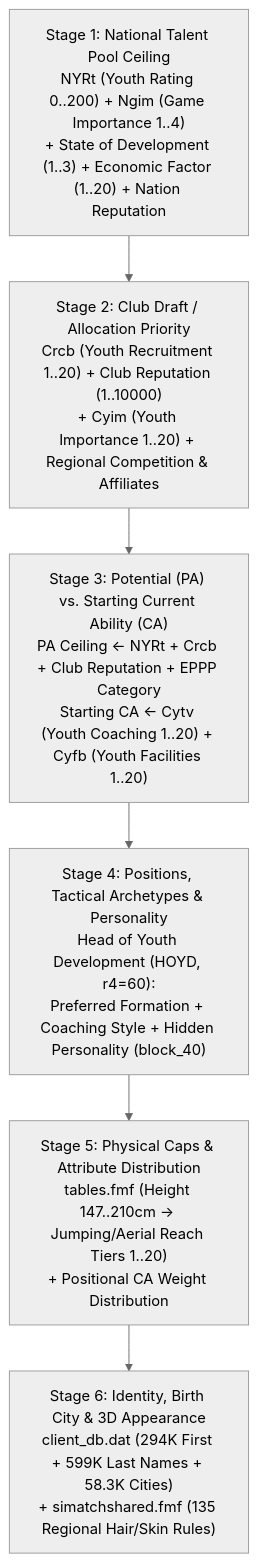
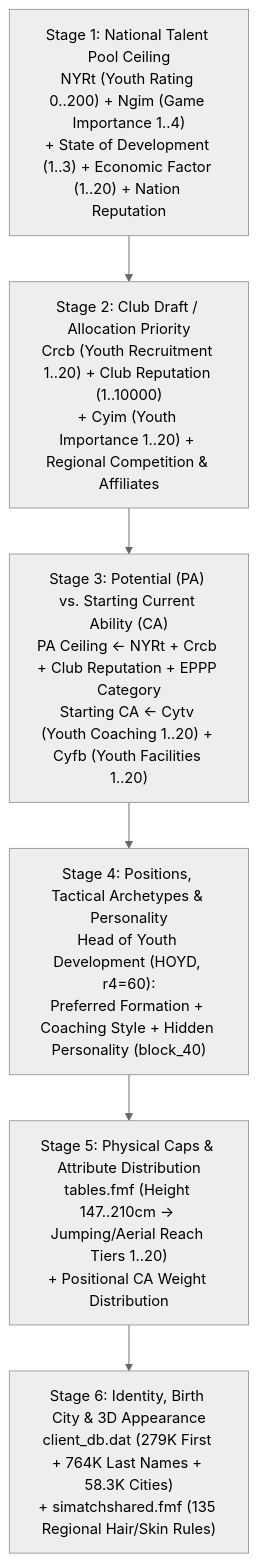
One commit to spadesM/fm-toolkit changed the first of 2 diagrams in docs/FM26_INTERNAL_GAME_LOGICS_AND_MECHANICS.md. Above: the diagram before and after it, drawn with Mermaid (neutral theme). The commit also changed other lines of this file and 10 other files, not shown here.

````diff
--- a/docs/FM26_INTERNAL_GAME_LOGICS_AND_MECHANICS.md
+++ b/docs/FM26_INTERNAL_GAME_LOGICS_AND_MECHANICS.md
@@ -42,8 +49,8 @@
 ```mermaid
 flowchart TD
     A["Stage 1: National Talent Pool Ceiling\nNYRt (Youth Rating 0..200) + Ngim (Game Importance 1..4)\n+ State of Development (1..3) + Economic Factor (1..20) + Nation Reputation"] --> B["Stage 2: Club Draft / Allocation Priority\nCrcb (Youth Recruitment 1..20) + Club Reputation (1..10000)\n+ Cyim (Youth Importance 1..20) + Regional Competition & Affiliates"]
     B --> C["Stage 3: Potential (PA) vs. Starting Current Ability (CA)\nPA Ceiling <- NYRt + Crcb + Club Reputation + EPPP Category\nStarting CA <- Cytv (Youth Coaching 1..20) + Cyfb (Youth Facilities 1..20)"]
     C --> D["Stage 4: Positions, Tactical Archetypes & Personality\nHead of Youth Development (HOYD, r4=60):\nPreferred Formation + Coaching Style + Hidden Personality (block_40)"]
     D --> E["Stage 5: Physical Caps & Attribute Distribution\ntables.fmf (Height 147..210cm -> Jumping/Aerial Reach Tiers 1..20)\n+ Positional CA Weight Distribution"]
-    E --> F["Stage 6: Identity, Birth City & 3D Appearance\nclient_db.dat (294K First + 599K Last Names + 58.3K Cities)\n+ simatchshared.fmf (135 Regional Hair/Skin Rules)"]
+    E --> F["Stage 6: Identity, Birth City & 3D Appearance\nclient_db.dat (279K First + 764K Last Names + 58.3K Cities)\n+ simatchshared.fmf (135 Regional Hair/Skin Rules)"]
 ```
````
